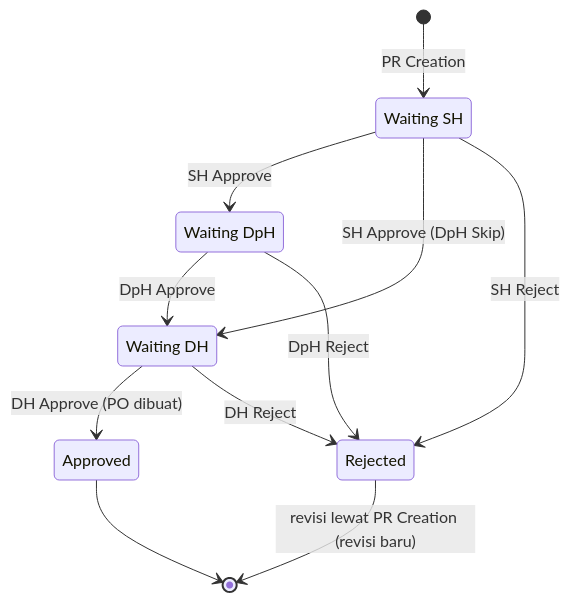
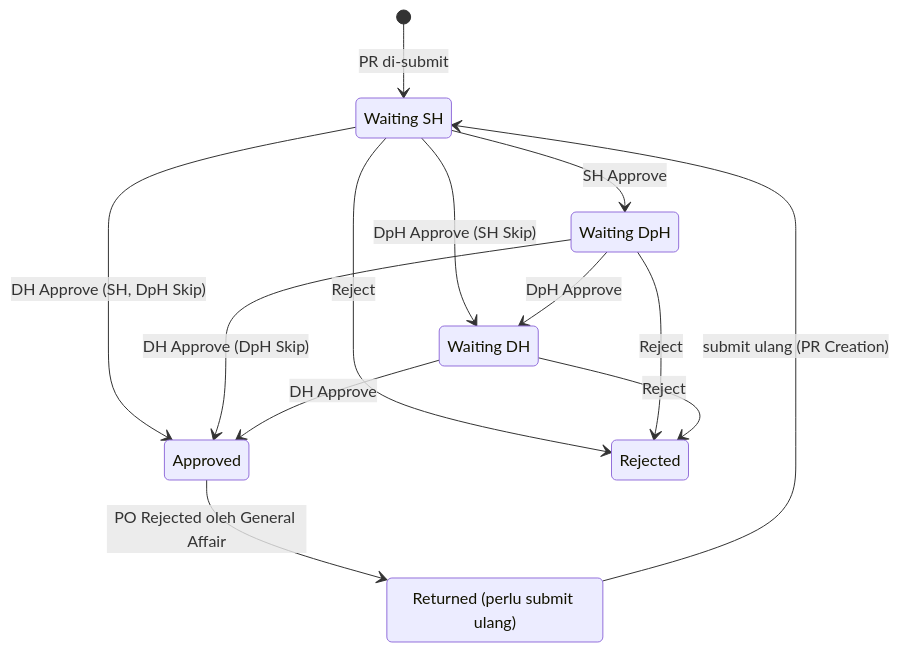
One commit to santo-san/tc-pbr changed the third of 4 diagrams in docs/monthly-pr-po-rules.md. Above: the diagram before and after it, drawn with Mermaid. The commit also changed other lines of this file and 3 other files, not shown here.

````diff
--- a/docs/monthly-pr-po-rules.md
+++ b/docs/monthly-pr-po-rules.md
@@ -88,18 +98,21 @@
 ```mermaid
 stateDiagram-v2
   state "Waiting SH" as WSH
   state "Waiting DpH" as WDPH
   state "Waiting DH" as WDH
   state "Approved" as AP
   state "Rejected" as RJ
-  [*] --> WSH : PR Creation
+  state "Returned (perlu submit ulang)" as RT
+  [*] --> WSH : PR di-submit
   WSH --> WDPH : SH Approve
-  WSH --> WDH : SH Approve (DpH Skip)
+  WSH --> WDH : DpH Approve (SH Skip)
+  WSH --> AP : DH Approve (SH, DpH Skip)
   WDPH --> WDH : DpH Approve
-  WDH --> AP : DH Approve (PO dibuat)
-  WSH --> RJ : SH Reject
-  WDPH --> RJ : DpH Reject
-  WDH --> RJ : DH Reject
-  AP --> [*]
-  RJ --> [*] : revisi lewat PR Creation (revisi baru)
+  WDPH --> AP : DH Approve (DpH Skip)
+  WDH --> AP : DH Approve
+  WSH --> RJ : Reject
+  WDPH --> RJ : Reject
+  WDH --> RJ : Reject
+  AP --> RT : PO Rejected oleh General Affair
+  RT --> WSH : submit ulang (PR Creation)
 ```
````
